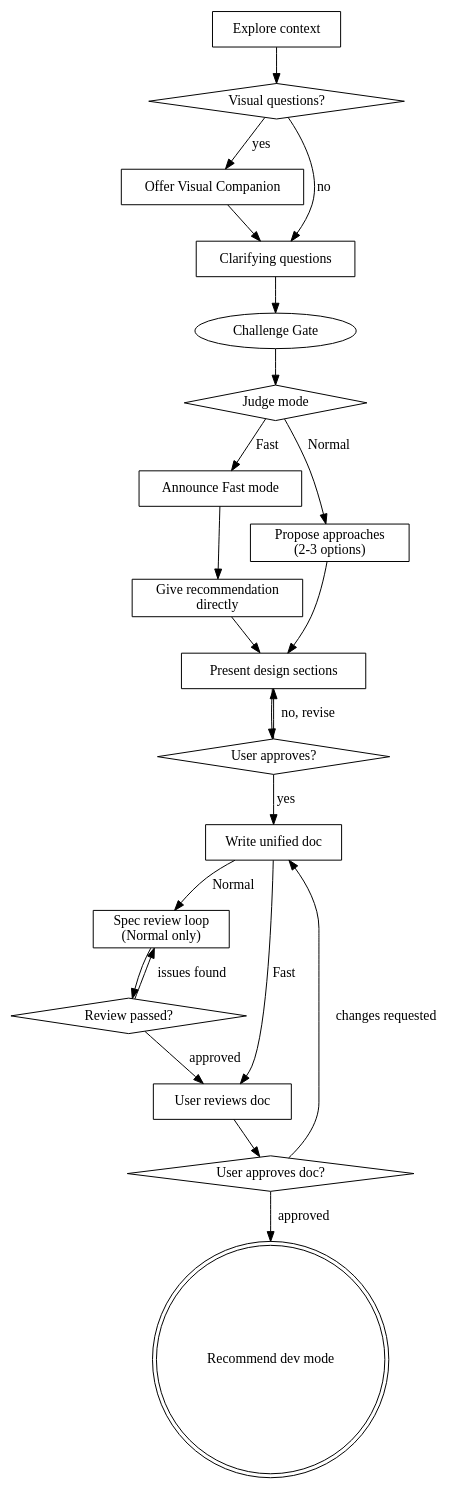
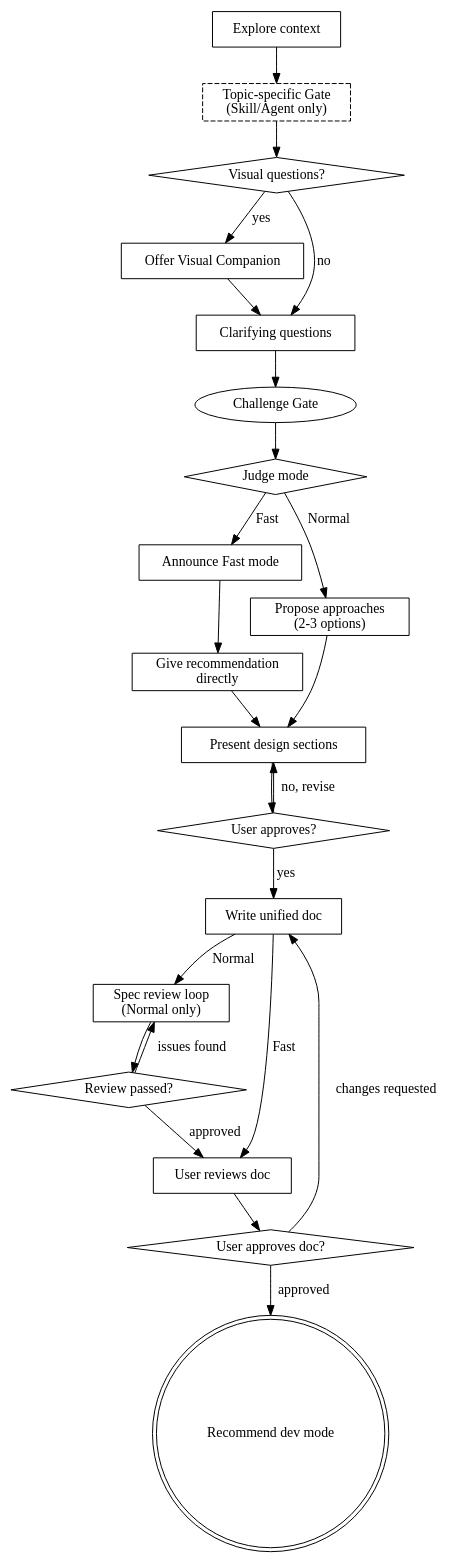
One commit to Jiangwlee/oh-my-superpowers changed the diagram in skills/brainstorming/SKILL.md. Above: the diagram before and after it, drawn with Graphviz. The commit also changed other lines of this file and 14 other files, not shown here.

First line of the commit message:
refactor: merge agent-brainstorming and skill-brainstorming into brainstorming

````diff
--- a/skills/brainstorming/SKILL.md
+++ b/skills/brainstorming/SKILL.md
@@ -57,44 +64,46 @@
 ```dot
 digraph brainstorming {
     rankdir=TB;
     "Explore context" [shape=box];
     "Visual questions?" [shape=diamond];
     "Offer Visual Companion" [shape=box];
     "Clarifying questions" [shape=box];
     "Judge mode" [shape=diamond];
     "Announce Fast mode" [shape=box];
     "Propose approaches\n(2-3 options)" [shape=box];
     "Give recommendation\ndirectly" [shape=box];
     "Present design sections" [shape=box];
     "User approves?" [shape=diamond];
     "Write unified doc" [shape=box];
     "Spec review loop\n(Normal only)" [shape=box];
     "Review passed?" [shape=diamond];
     "User reviews doc" [shape=box];
     "User approves doc?" [shape=diamond];
     "Recommend dev mode" [shape=doublecircle];
 
-    "Explore context" -> "Visual questions?";
+    "Topic-specific Gate\n(Skill/Agent only)" [shape=box, style=dashed];
+    "Explore context" -> "Topic-specific Gate\n(Skill/Agent only)";
+    "Topic-specific Gate\n(Skill/Agent only)" -> "Visual questions?";
     "Visual questions?" -> "Offer Visual Companion" [label="yes"];
     "Visual questions?" -> "Clarifying questions" [label="no"];
     "Offer Visual Companion" -> "Clarifying questions";
     "Clarifying questions" -> "Challenge Gate";
     "Challenge Gate" -> "Judge mode";
     "Judge mode" -> "Announce Fast mode" [label="Fast"];
     "Judge mode" -> "Propose approaches\n(2-3 options)" [label="Normal"];
     "Announce Fast mode" -> "Give recommendation\ndirectly";
     "Propose approaches\n(2-3 options)" -> "Present design sections";
     "Give recommendation\ndirectly" -> "Present design sections";
     "Present design sections" -> "User approves?" ;
     "User approves?" -> "Present design sections" [label="no, revise"];
     "User approves?" -> "Write unified doc" [label="yes"];
     "Write unified doc" -> "Spec review loop\n(Normal only)" [label="Normal"];
     "Write unified doc" -> "User reviews doc" [label="Fast"];
     "Spec review loop\n(Normal only)" -> "Review passed?";
     "Review passed?" -> "Spec review loop\n(Normal only)" [label="issues found"];
     "Review passed?" -> "User reviews doc" [label="approved"];
     "User reviews doc" -> "User approves doc?";
     "User approves doc?" -> "Write unified doc" [label="changes requested"];
     "User approves doc?" -> "Recommend dev mode" [label="approved"];
 }
 ```
````
